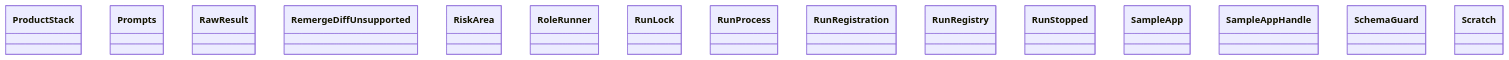
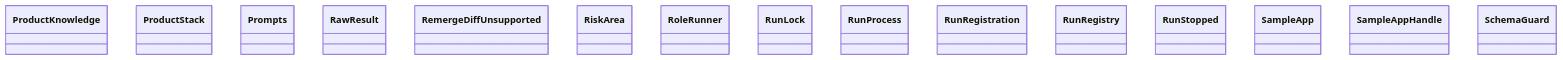
One commit to GonzaloZevallos/agentic-system changed the diagram in docs/architecture/generated/classes-process-application-support-5.md. Above: the diagram before and after it, drawn with Mermaid. The commit also changed other lines of this file and 11 other files, not shown here.

````diff
--- a/docs/architecture/generated/classes-process-application-support-5.md
+++ b/docs/architecture/generated/classes-process-application-support-5.md
@@ -20,18 +20,18 @@
 ```mermaid
 classDiagram
+    class ports__ProductKnowledge["ProductKnowledge"]
     class ports__ProductStack["ProductStack"]
     class ports__Prompts["Prompts"]
     class ports__RawResult["RawResult"]
     class ports__RemergeDiffUnsupported["RemergeDiffUnsupported"]
     class ports__RiskArea["RiskArea"]
     class ports__RoleRunner["RoleRunner"]
     class ports__RunLock["RunLock"]
     class ports__RunProcess["RunProcess"]
     class ports__RunRegistration["RunRegistration"]
     class ports__RunRegistry["RunRegistry"]
     class ports__RunStopped["RunStopped"]
     class ports__SampleApp["SampleApp"]
     class ports__SampleAppHandle["SampleAppHandle"]
     class ports__SchemaGuard["SchemaGuard"]
-    class ports__Scratch["Scratch"]
 ```
````
